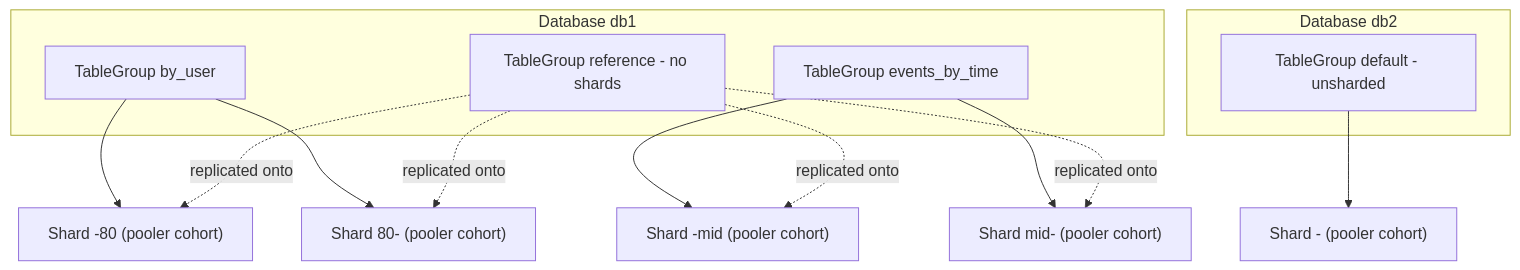
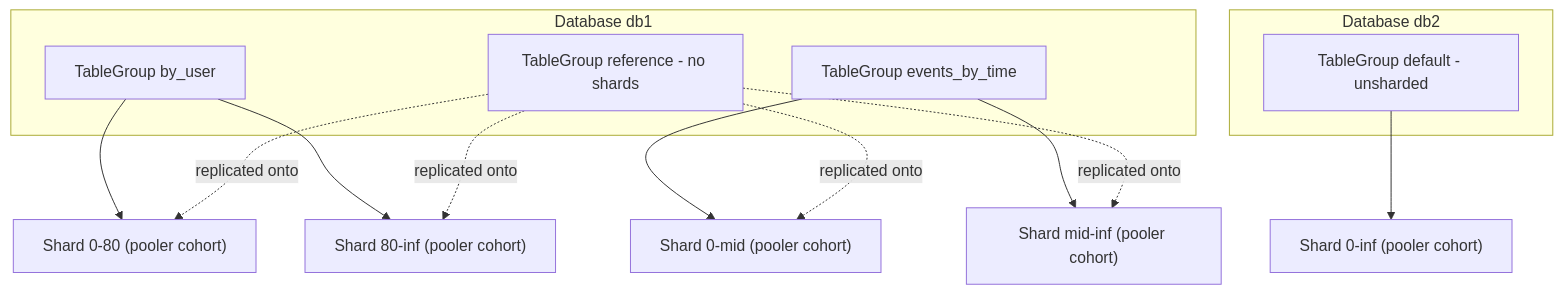
Before and after one commit to multigres/multigres: the diagram in docs/sharding/design.md, drawn with Mermaid. The commit also changed other lines of this file and 53 other files, not shown here.

````diff
--- a/docs/sharding/design.md
+++ b/docs/sharding/design.md
@@ -308,20 +344,20 @@
 ```mermaid
 flowchart TD
   subgraph db1[Database db1]
     tg1[TableGroup by_user]
     tg2[TableGroup events_by_time]
     tgr[TableGroup reference - no shards]
   end
-  tg1 --> s1["Shard -80 (pooler cohort)"]
-  tg1 --> s2["Shard 80- (pooler cohort)"]
-  tg2 --> s3["Shard -mid (pooler cohort)"]
-  tg2 --> s4["Shard mid- (pooler cohort)"]
+  tg1 --> s1["Shard 0-80 (pooler cohort)"]
+  tg1 --> s2["Shard 80-inf (pooler cohort)"]
+  tg2 --> s3["Shard 0-mid (pooler cohort)"]
+  tg2 --> s4["Shard mid-inf (pooler cohort)"]
   tgr -.->|replicated onto| s1
   tgr -.->|replicated onto| s2
   tgr -.->|replicated onto| s3
   tgr -.->|replicated onto| s4
   subgraph db2[Database db2]
     tg3[TableGroup default - unsharded]
   end
-  tg3 --> s5["Shard - (pooler cohort)"]
+  tg3 --> s5["Shard 0-inf (pooler cohort)"]
 ```
````
